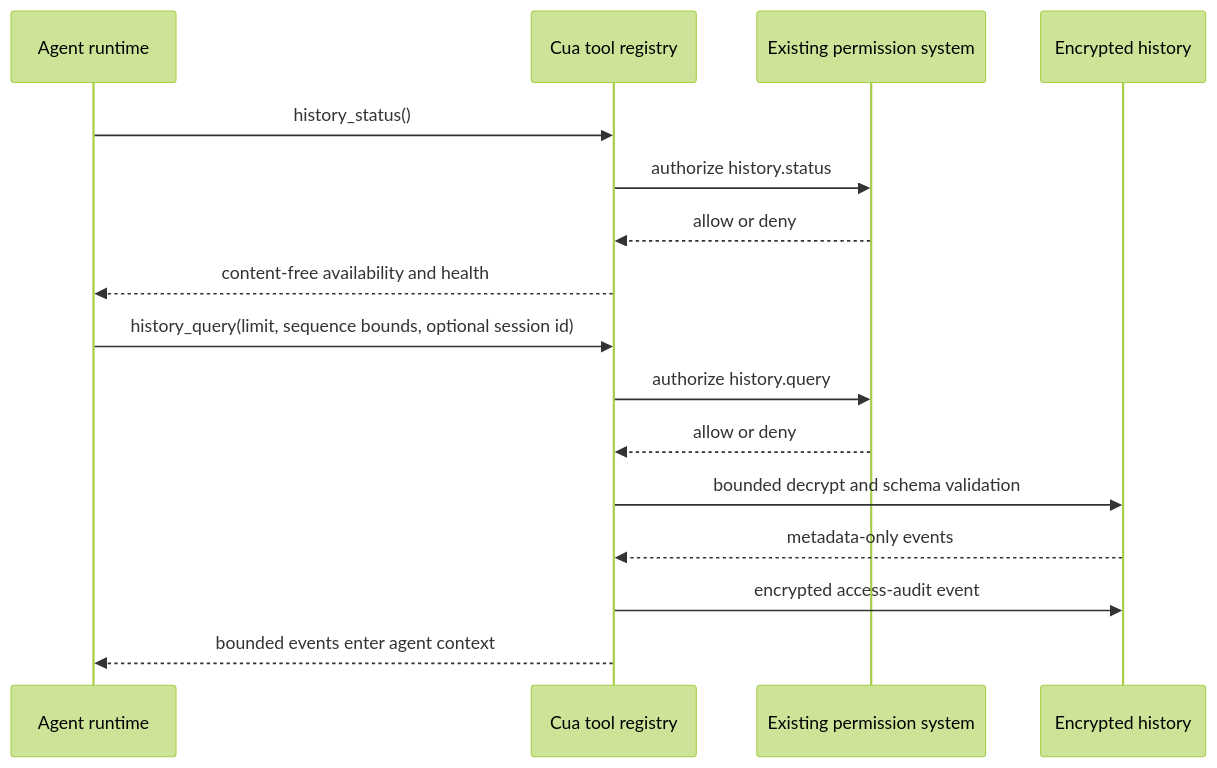
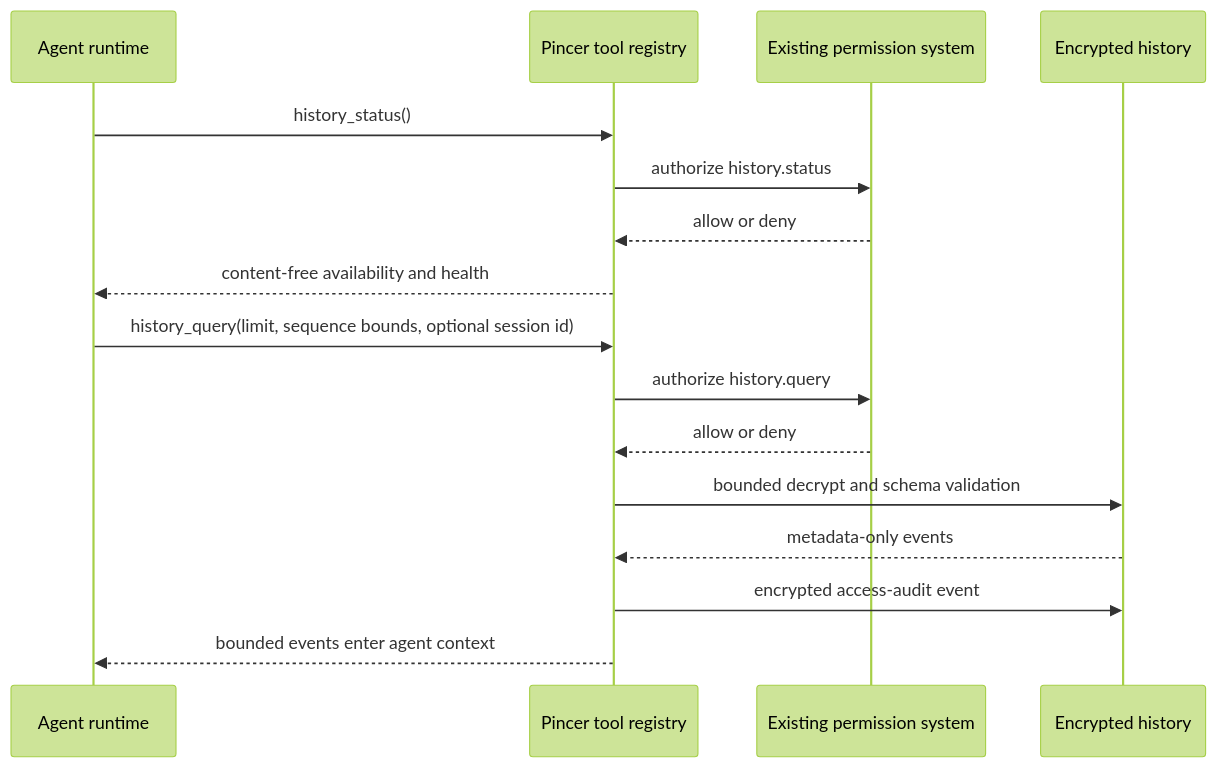
The sixth of 7 diagrams in docs/computer-history-architecture.md (ModCritic/pincer), drawn with Mermaid (forest theme) before and after one commit. The commit also changed other lines of this file and 1199 other files, not shown here.

First line of the commit message:
Rename Cua Driver to Pincer throughout

````diff
--- a/docs/computer-history-architecture.md
+++ b/docs/computer-history-architecture.md
@@ -580,19 +580,19 @@
 ```mermaid
 sequenceDiagram
     participant A as Agent runtime
-    participant R as Cua tool registry
+    participant R as Pincer tool registry
     participant P as Existing permission system
     participant H as Encrypted history
 
     A->>R: history_status()
     R->>P: authorize history.status
     P-->>R: allow or deny
     R-->>A: content-free availability and health
     A->>R: history_query(limit, sequence bounds, optional session id)
     R->>P: authorize history.query
     P-->>R: allow or deny
     R->>H: bounded decrypt and schema validation
     H-->>R: metadata-only events
     R->>H: encrypted access-audit event
     R-->>A: bounded events enter agent context
 ```
````
